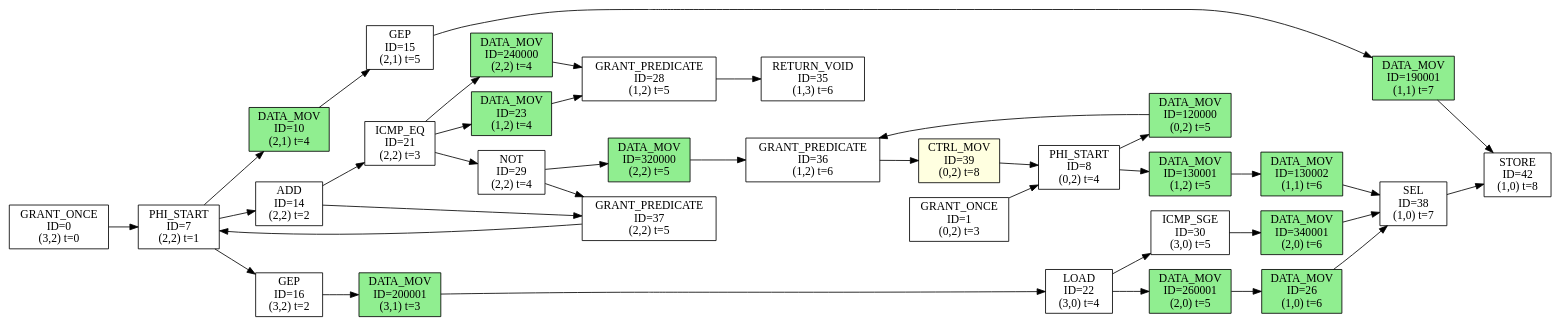
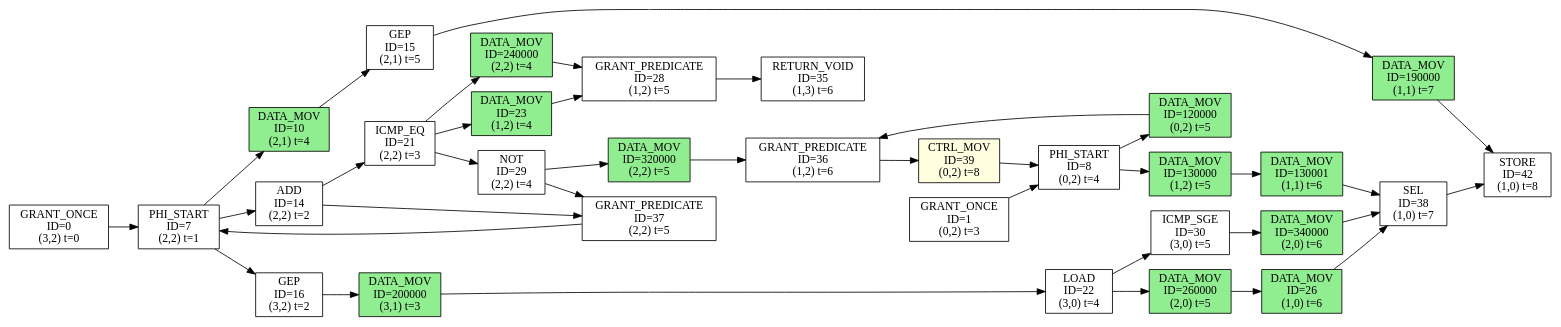
The diagram in kernel/relu/tmp-generated-dfg.dot (sarchlab/Zeonica_Testbench), drawn with Graphviz before and after one commit. The commit also changed 33 other files, not shown here.

```diff
--- a/kernel/relu/tmp-generated-dfg.dot
+++ b/kernel/relu/tmp-generated-dfg.dot
@@ -1,70 +1,70 @@
 digraph DFG {
   rankdir=LR;
   node [shape=box, style=filled];
   n0 [label="GRANT_ONCE\nID=0\n(3,2) t=0", fillcolor=white];
   n1 [label="GRANT_ONCE\nID=1\n(0,2) t=3", fillcolor=white];
   n7 [label="PHI_START\nID=7\n(2,2) t=1", fillcolor=white];
   n8 [label="PHI_START\nID=8\n(0,2) t=4", fillcolor=white];
   n10 [label="DATA_MOV\nID=10\n(2,1) t=4", fillcolor=lightgreen];
   n14 [label="ADD\nID=14\n(2,2) t=2", fillcolor=white];
   n15 [label="GEP\nID=15\n(2,1) t=5", fillcolor=white];
   n16 [label="GEP\nID=16\n(3,2) t=2", fillcolor=white];
   n21 [label="ICMP_EQ\nID=21\n(2,2) t=3", fillcolor=white];
   n22 [label="LOAD\nID=22\n(3,0) t=4", fillcolor=white];
   n23 [label="DATA_MOV\nID=23\n(1,2) t=4", fillcolor=lightgreen];
   n26 [label="DATA_MOV\nID=26\n(1,0) t=6", fillcolor=lightgreen];
   n28 [label="GRANT_PREDICATE\nID=28\n(1,2) t=5", fillcolor=white];
   n29 [label="NOT\nID=29\n(2,2) t=4", fillcolor=white];
   n30 [label="ICMP_SGE\nID=30\n(3,0) t=5", fillcolor=white];
   n35 [label="RETURN_VOID\nID=35\n(1,3) t=6", fillcolor=white];
   n36 [label="GRANT_PREDICATE\nID=36\n(1,2) t=6", fillcolor=white];
   n37 [label="GRANT_PREDICATE\nID=37\n(2,2) t=5", fillcolor=white];
   n38 [label="SEL\nID=38\n(1,0) t=7", fillcolor=white];
   n39 [label="CTRL_MOV\nID=39\n(0,2) t=8", fillcolor=lightyellow];
   n42 [label="STORE\nID=42\n(1,0) t=8", fillcolor=white];
   n120000 [label="DATA_MOV\nID=120000\n(0,2) t=5", fillcolor=lightgreen];
-  n130001 [label="DATA_MOV\nID=130001\n(1,2) t=5", fillcolor=lightgreen];
-  n130002 [label="DATA_MOV\nID=130002\n(1,1) t=6", fillcolor=lightgreen];
-  n190001 [label="DATA_MOV\nID=190001\n(1,1) t=7", fillcolor=lightgreen];
-  n200001 [label="DATA_MOV\nID=200001\n(3,1) t=3", fillcolor=lightgreen];
+  n130000 [label="DATA_MOV\nID=130000\n(1,2) t=5", fillcolor=lightgreen];
+  n130001 [label="DATA_MOV\nID=130001\n(1,1) t=6", fillcolor=lightgreen];
+  n190000 [label="DATA_MOV\nID=190000\n(1,1) t=7", fillcolor=lightgreen];
+  n200000 [label="DATA_MOV\nID=200000\n(3,1) t=3", fillcolor=lightgreen];
   n240000 [label="DATA_MOV\nID=240000\n(2,2) t=4", fillcolor=lightgreen];
-  n260001 [label="DATA_MOV\nID=260001\n(2,0) t=5", fillcolor=lightgreen];
+  n260000 [label="DATA_MOV\nID=260000\n(2,0) t=5", fillcolor=lightgreen];
   n320000 [label="DATA_MOV\nID=320000\n(2,2) t=5", fillcolor=lightgreen];
-  n340001 [label="DATA_MOV\nID=340001\n(2,0) t=6", fillcolor=lightgreen];
+  n340000 [label="DATA_MOV\nID=340000\n(2,0) t=6", fillcolor=lightgreen];
   n39 -> n8;
   n7 -> n10;
   n10 -> n15;
   n36 -> n39;
   n21 -> n23;
   n23 -> n28;
-  n16 -> n200001;
-  n30 -> n340001;
-  n22 -> n260001;
-  n260001 -> n26;
+  n16 -> n200000;
+  n30 -> n340000;
+  n22 -> n260000;
+  n260000 -> n26;
   n26 -> n38;
-  n8 -> n130001;
-  n130001 -> n130002;
-  n15 -> n190001;
+  n8 -> n130000;
+  n130000 -> n130001;
+  n15 -> n190000;
   n8 -> n120000;
   n29 -> n320000;
   n21 -> n240000;
   n29 -> n37;
   n320000 -> n36;
   n28 -> n35;
-  n340001 -> n38;
+  n340000 -> n38;
   n0 -> n7;
   n14 -> n21;
   n1 -> n8;
-  n190001 -> n42;
+  n190000 -> n42;
   n7 -> n14;
   n37 -> n7;
   n7 -> n16;
   n240000 -> n28;
   n38 -> n42;
   n120000 -> n36;
   n21 -> n29;
-  n130002 -> n38;
+  n130001 -> n38;
   n14 -> n37;
-  n200001 -> n22;
+  n200000 -> n22;
   n22 -> n30;
 }
```
